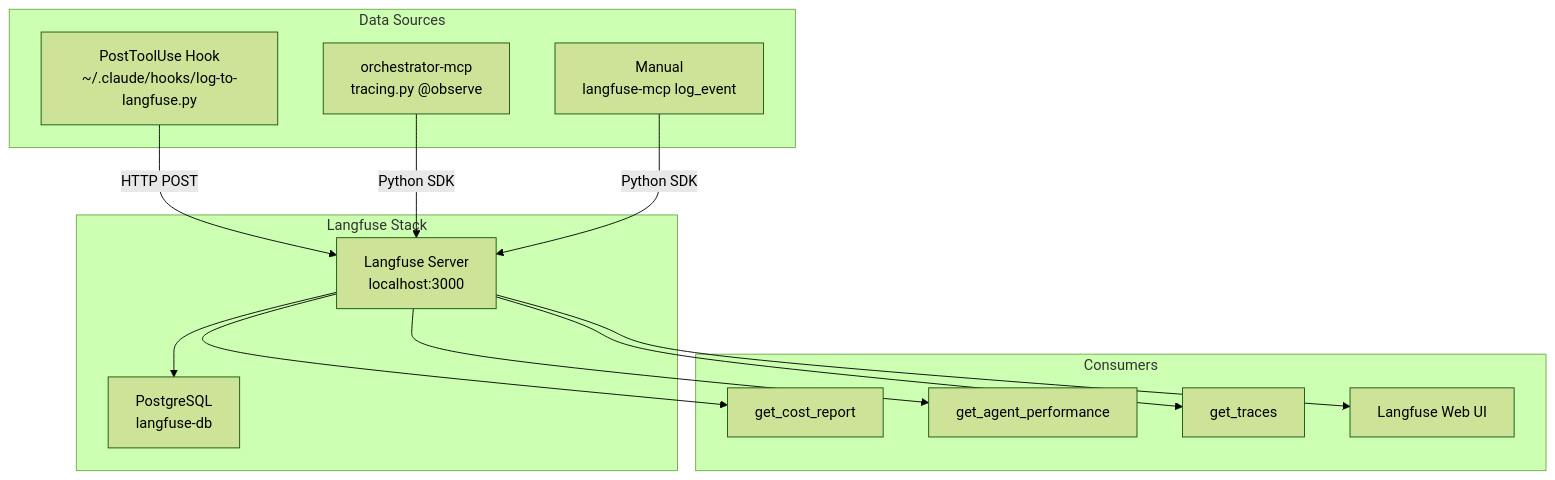
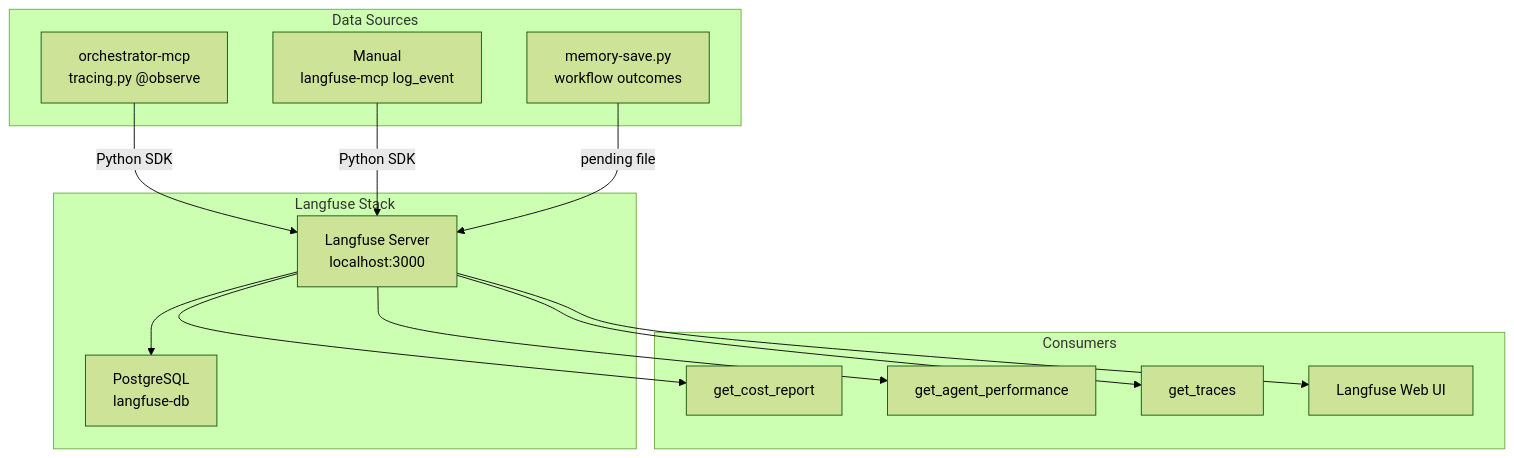
One commit to SpandrelInteractive/claude_workspace changed the diagram in .claude/docs/observability.md. Above: the diagram before and after it, drawn with Mermaid (forest theme). The commit also changed other lines of this file and 13 other files, not shown here.

````diff
--- a/.claude/docs/observability.md
+++ b/.claude/docs/observability.md
@@ -12,26 +9,26 @@
 ```mermaid
 graph TB
     subgraph "Data Sources"
-        H[PostToolUse Hook<br/>~/.claude/hooks/log-to-langfuse.py]
         OM[orchestrator-mcp<br/>tracing.py @observe]
         M[Manual<br/>langfuse-mcp log_event]
+        MS[memory-save.py<br/>workflow outcomes]
     end
 
     subgraph "Langfuse Stack"
         LF[Langfuse Server<br/>localhost:3000]
         PG[PostgreSQL<br/>langfuse-db]
     end
 
     subgraph "Consumers"
         CR[get_cost_report]
         AP[get_agent_performance]
         TR[get_traces]
         UI[Langfuse Web UI]
     end
 
-    H -->|HTTP POST| LF
     OM -->|Python SDK| LF
     M -->|Python SDK| LF
+    MS -->|pending file| LF
     LF --> PG
     LF --> CR & AP & TR & UI
 ```
````
